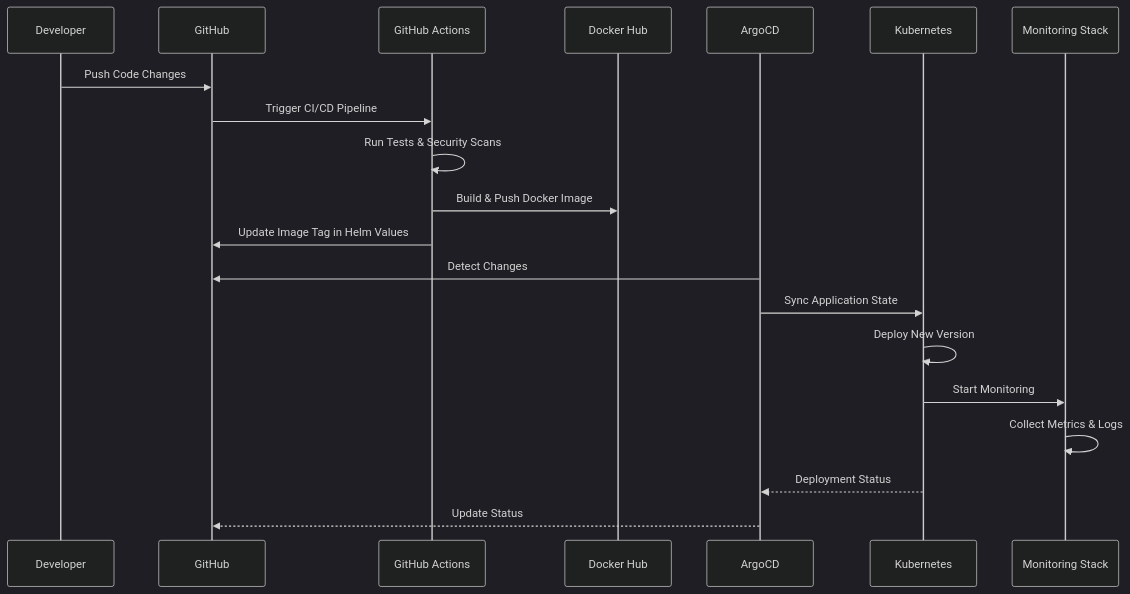
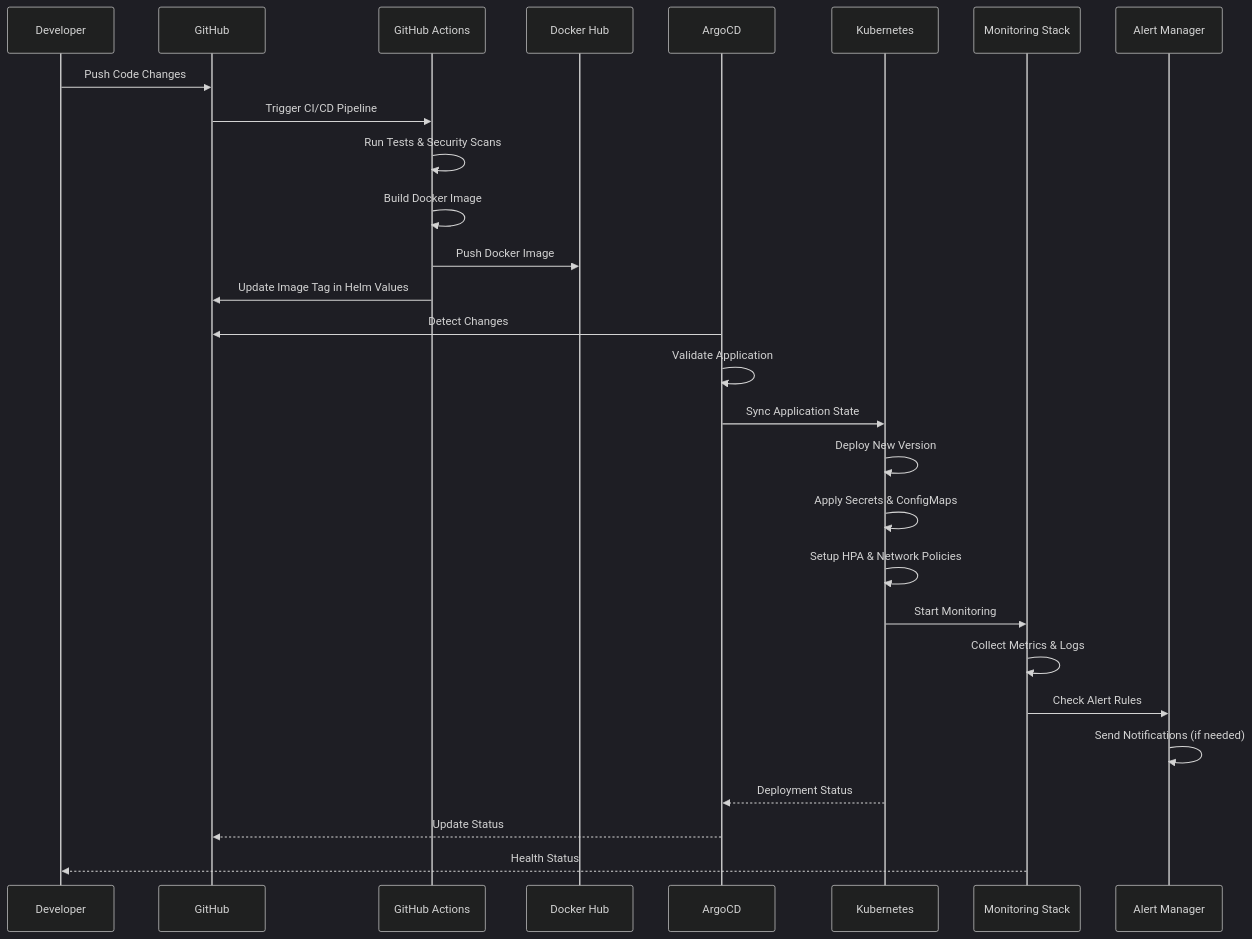
The third of 6 diagrams in README.md (bonaventuresimeon/NativeSeries), drawn with Mermaid (dark theme) before and after one commit. The commit also changed other lines of this file, not shown here.

Commit message:
Update architecture diagrams with detailed monitoring, security, and scaling components

````diff
--- a/README.md
+++ b/README.md
@@ -198,23 +263,31 @@
 ```mermaid
 sequenceDiagram
     participant Dev as Developer
     participant Git as GitHub
     participant Actions as GitHub Actions
     participant Docker as Docker Hub
     participant ArgoCD as ArgoCD
     participant K8s as Kubernetes
     participant Monitor as Monitoring Stack
+    participant Alert as Alert Manager
     
     Dev->>Git: Push Code Changes
     Git->>Actions: Trigger CI/CD Pipeline
     Actions->>Actions: Run Tests & Security Scans
-    Actions->>Docker: Build & Push Docker Image
+    Actions->>Actions: Build Docker Image
+    Actions->>Docker: Push Docker Image
     Actions->>Git: Update Image Tag in Helm Values
     ArgoCD->>Git: Detect Changes
+    ArgoCD->>ArgoCD: Validate Application
     ArgoCD->>K8s: Sync Application State
     K8s->>K8s: Deploy New Version
+    K8s->>K8s: Apply Secrets & ConfigMaps
+    K8s->>K8s: Setup HPA & Network Policies
     K8s->>Monitor: Start Monitoring
     Monitor->>Monitor: Collect Metrics & Logs
+    Monitor->>Alert: Check Alert Rules
+    Alert->>Alert: Send Notifications (if needed)
     K8s-->>ArgoCD: Deployment Status
     ArgoCD-->>Git: Update Status
+    Monitor-->>Dev: Health Status
 ```
````
